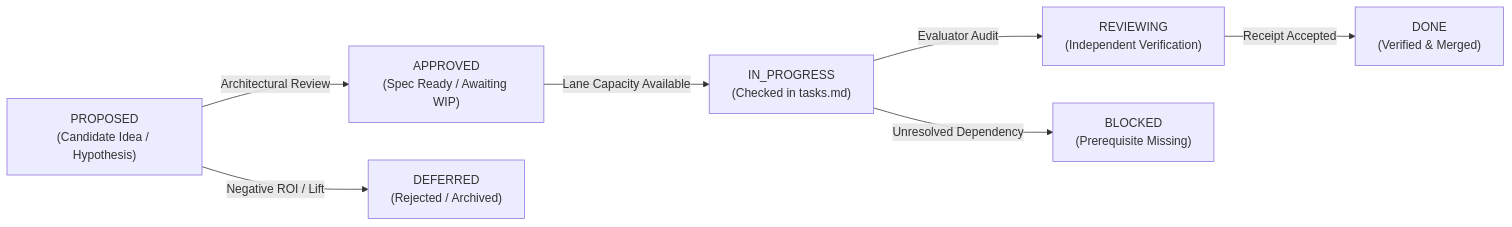
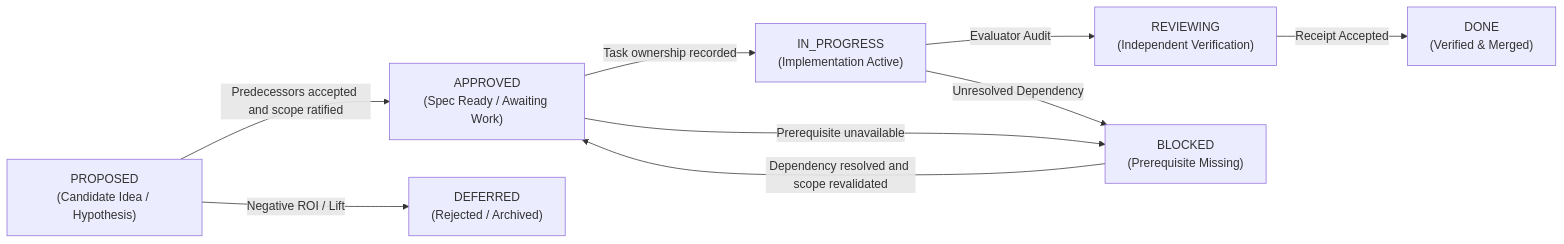
One commit to brainopensource/cognitive-framework changed the diagram in docs/execution/backlog.md. Above: the diagram before and after it, drawn with Mermaid. The commit also changed other lines of this file, not shown here.

````diff
--- a/docs/execution/backlog.md
+++ b/docs/execution/backlog.md
@@ -43,9 +43,11 @@
 ```mermaid
 graph LR
-    PROPOSED["PROPOSED<br/>(Candidate Idea / Hypothesis)"] -->|Architectural Review| APPROVED["APPROVED<br/>(Spec Ready / Awaiting WIP)"]
-    APPROVED -->|Lane Capacity Available| IN_PROGRESS["IN_PROGRESS<br/>(Checked in tasks.md)"]
+    PROPOSED["PROPOSED<br/>(Candidate Idea / Hypothesis)"] -->|Predecessors accepted and scope ratified| APPROVED["APPROVED<br/>(Spec Ready / Awaiting Work)"]
+    APPROVED -->|Task ownership recorded| IN_PROGRESS["IN_PROGRESS<br/>(Implementation Active)"]
     IN_PROGRESS -->|Evaluator Audit| REVIEWING["REVIEWING<br/>(Independent Verification)"]
     REVIEWING -->|Receipt Accepted| DONE["DONE<br/>(Verified & Merged)"]
     IN_PROGRESS -->|Unresolved Dependency| BLOCKED["BLOCKED<br/>(Prerequisite Missing)"]
+    APPROVED -->|Prerequisite unavailable| BLOCKED
+    BLOCKED -->|Dependency resolved and scope revalidated| APPROVED
     PROPOSED -->|Negative ROI / Lift| DEFERRED["DEFERRED<br/>(Rejected / Archived)"]
 ```
````
